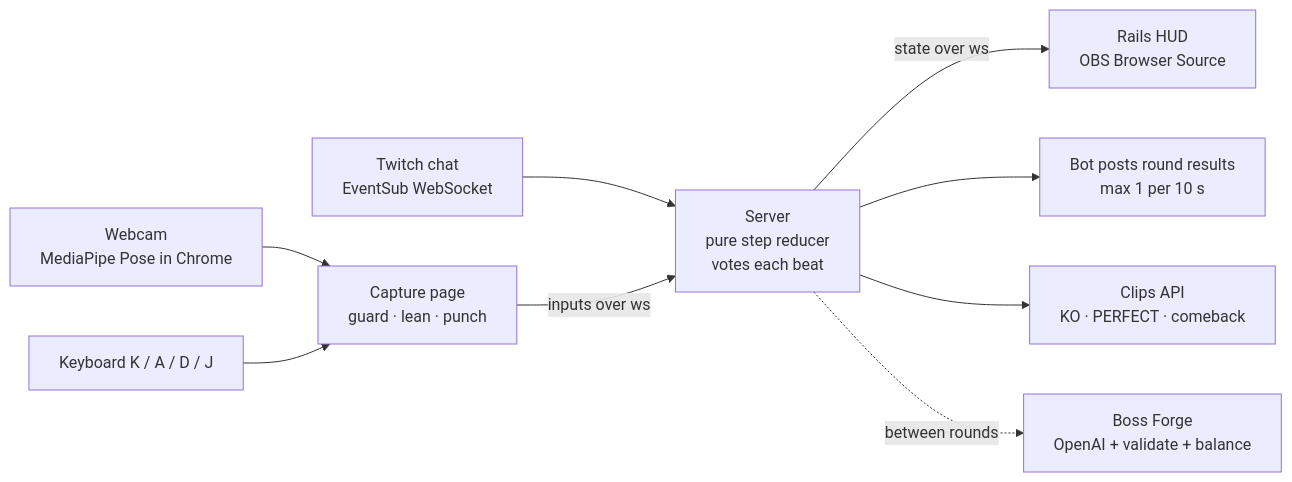
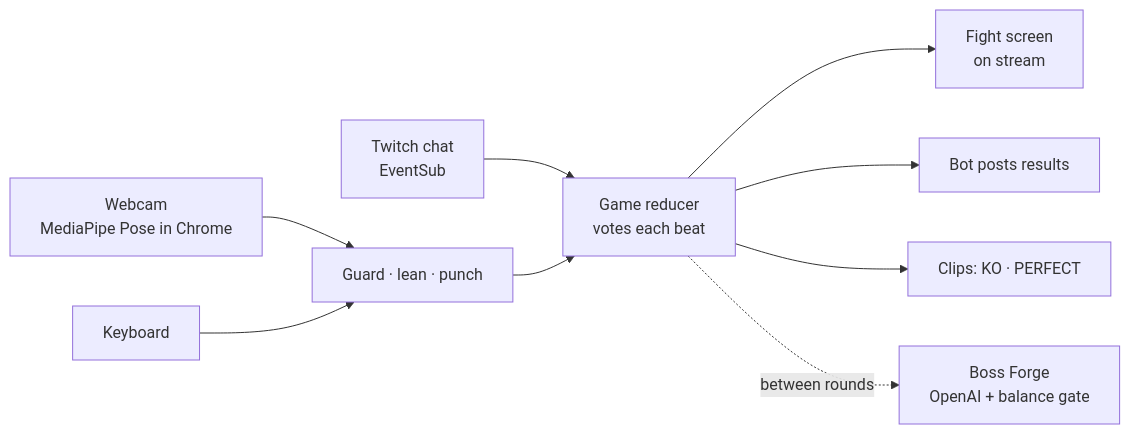
The diagram in README.md (thekashifnazir/streamer-vs-chat), drawn with Mermaid before and after one commit. The commit also changed other lines of this file and 4 other files, not shown here.

````diff
--- a/README.md
+++ b/README.md
@@ -87,11 +69,11 @@
 ```mermaid
 flowchart LR
-    TC[Twitch chat<br/>EventSub WebSocket] --> S[Server<br/>pure step reducer<br/>votes each beat]
-    CAM[Webcam<br/>MediaPipe Pose in Chrome] --> CAP[Capture page<br/>guard · lean · punch]
-    KEY[Keyboard K / A / D / J] --> CAP
-    CAP -- inputs over ws --> S
-    S -- state over ws --> HUD[Rails HUD<br/>OBS Browser Source]
-    S --> BOT[Bot posts round results<br/>max 1 per 10 s]
-    S --> CLIP[Clips API<br/>KO · PERFECT · comeback]
-    S -. between rounds .-> FORGE[Boss Forge<br/>OpenAI + validate + balance]
+    TC[Twitch chat<br/>EventSub] --> S[Game reducer<br/>votes each beat]
+    CAM[Webcam<br/>MediaPipe Pose in Chrome] --> CAP[Guard · lean · punch]
+    KEY[Keyboard] --> CAP
+    CAP --> S
+    S --> HUD[Fight screen<br/>on stream]
+    S --> BOT[Bot posts results]
+    S --> CLIP[Clips: KO · PERFECT]
+    S -. between rounds .-> FORGE[Boss Forge<br/>OpenAI + balance gate]
 ```
````
